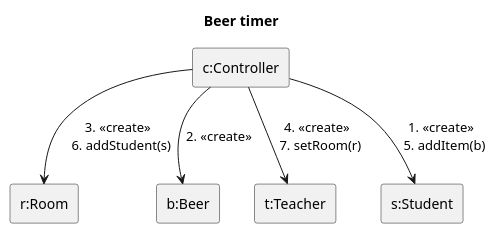
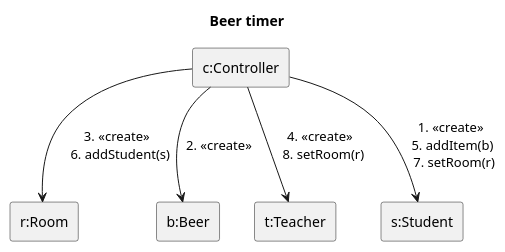
The diagram in docs/communication_diagrams/beer_timer.plantuml (MBakter/echo), drawn with PlantUML before and after one commit. The commit also changed 8 other files, not shown here.

```diff
--- a/docs/communication_diagrams/beer_timer.plantuml
+++ b/docs/communication_diagrams/beer_timer.plantuml
@@ -1,14 +1,14 @@
 @startuml ser
 title Beer timer
 rectangle "c:Controller" as c
 rectangle "r:Room" as r
 rectangle "b:Beer" as b
 rectangle "t:Teacher" as t
 rectangle "s:Student" as s
 
-c --> s: 1. <<create>> \n 5. addItem(b) 
+c --> s: 1. <<create>> \n 5. addItem(b) \n 7. setRoom(r)
 c --> b: 2. <<create>> 
 c --> r: 3. <<create>> \n 6. addStudent(s)
-c --> t: 4. <<create>> \n 7. setRoom(r)
+c --> t: 4. <<create>> \n 8. setRoom(r)
 
 @enduml
```
